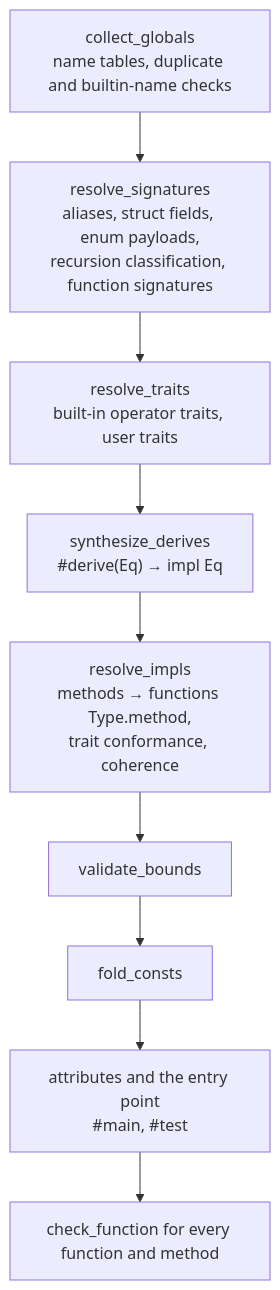
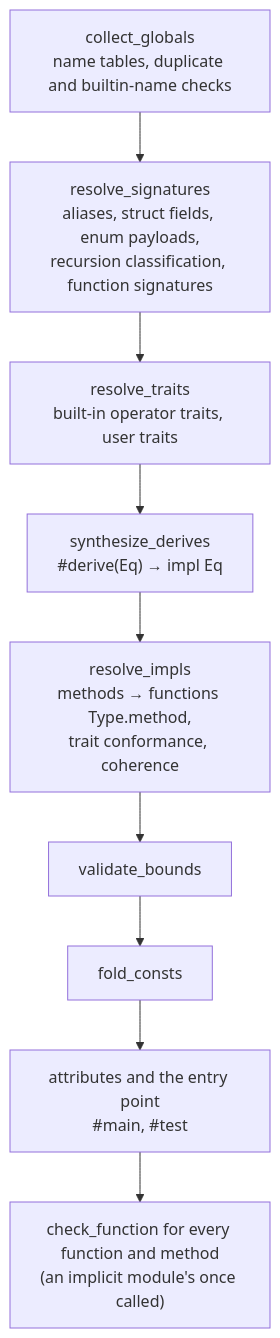
Before and after one commit to h3ll5ur7er/myla: the diagram in docs/Architecture/Type-checker.md, drawn with Mermaid. The commit also changed other lines of this file and 4 other files, not shown here.

First line of the commit message:
Checker: an implicit module's bodies checked only once called (MYLA-359)

````diff
--- a/docs/Architecture/Type-checker.md
+++ b/docs/Architecture/Type-checker.md
@@ -15,11 +15,11 @@
 ```mermaid
 flowchart TD
     a["collect_globals<br/>name tables, duplicate and builtin-name checks"] --> b["resolve_signatures<br/>aliases, struct fields, enum payloads,<br/>recursion classification, function signatures"]
     b --> c["resolve_traits<br/>built-in operator traits, user traits"]
     c --> d["synthesize_derives<br/>#derive(Eq) → impl Eq"]
     d --> e["resolve_impls<br/>methods → functions Type.method,<br/>trait conformance, coherence"]
     e --> f["validate_bounds"]
     f --> g["fold_consts"]
     g --> h["attributes and the entry point<br/>#main, #test"]
-    h --> i["check_function for every function and method"]
+    h --> i["check_function for every function and method<br/>(an implicit module's once called)"]
 ```
````
